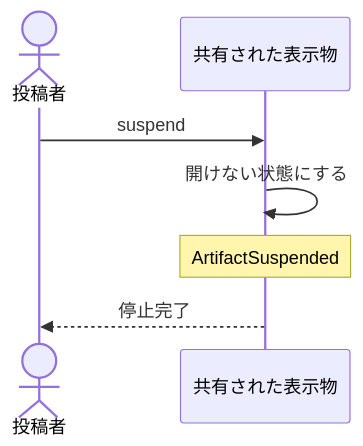
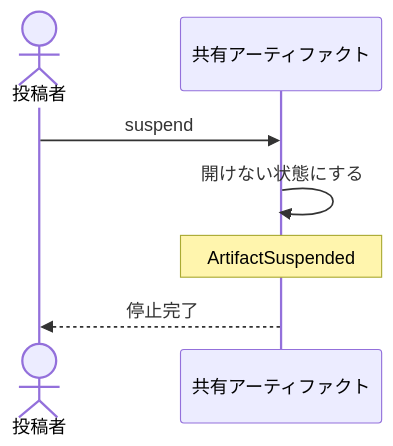
Before and after one commit to daidaiiro-519/waffle: the diagram in .waffle/specs/bc-artifact-share/subdomain/sd-artifact-sharing/usecase/uc-suspend-artifact.md, drawn with Mermaid. The commit also changed other lines of this file and 23 other files, not shown here.

````diff
--- a/.waffle/specs/bc-artifact-share/subdomain/sd-artifact-sharing/usecase/uc-suspend-artifact.md
+++ b/.waffle/specs/bc-artifact-share/subdomain/sd-artifact-sharing/usecase/uc-suspend-artifact.md
@@ -38,8 +38,8 @@
 ```mermaid
 sequenceDiagram
     actor 投稿者
-    投稿者->>共有された表示物: suspend
-    共有された表示物->>共有された表示物: 開けない状態にする
-    Note over 共有された表示物: ArtifactSuspended
-    共有された表示物-->>投稿者: 停止完了
+    投稿者->>共有アーティファクト: suspend
+    共有アーティファクト->>共有アーティファクト: 開けない状態にする
+    Note over 共有アーティファクト: ArtifactSuspended
+    共有アーティファクト-->>投稿者: 停止完了
 ```
````
